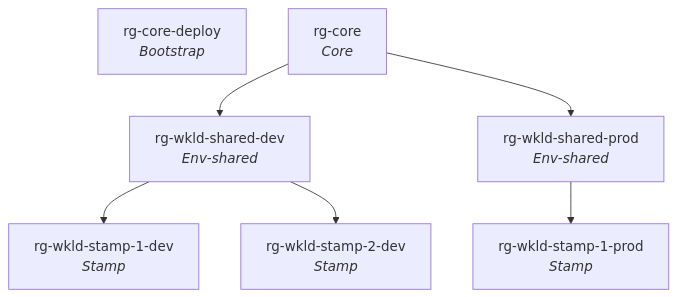
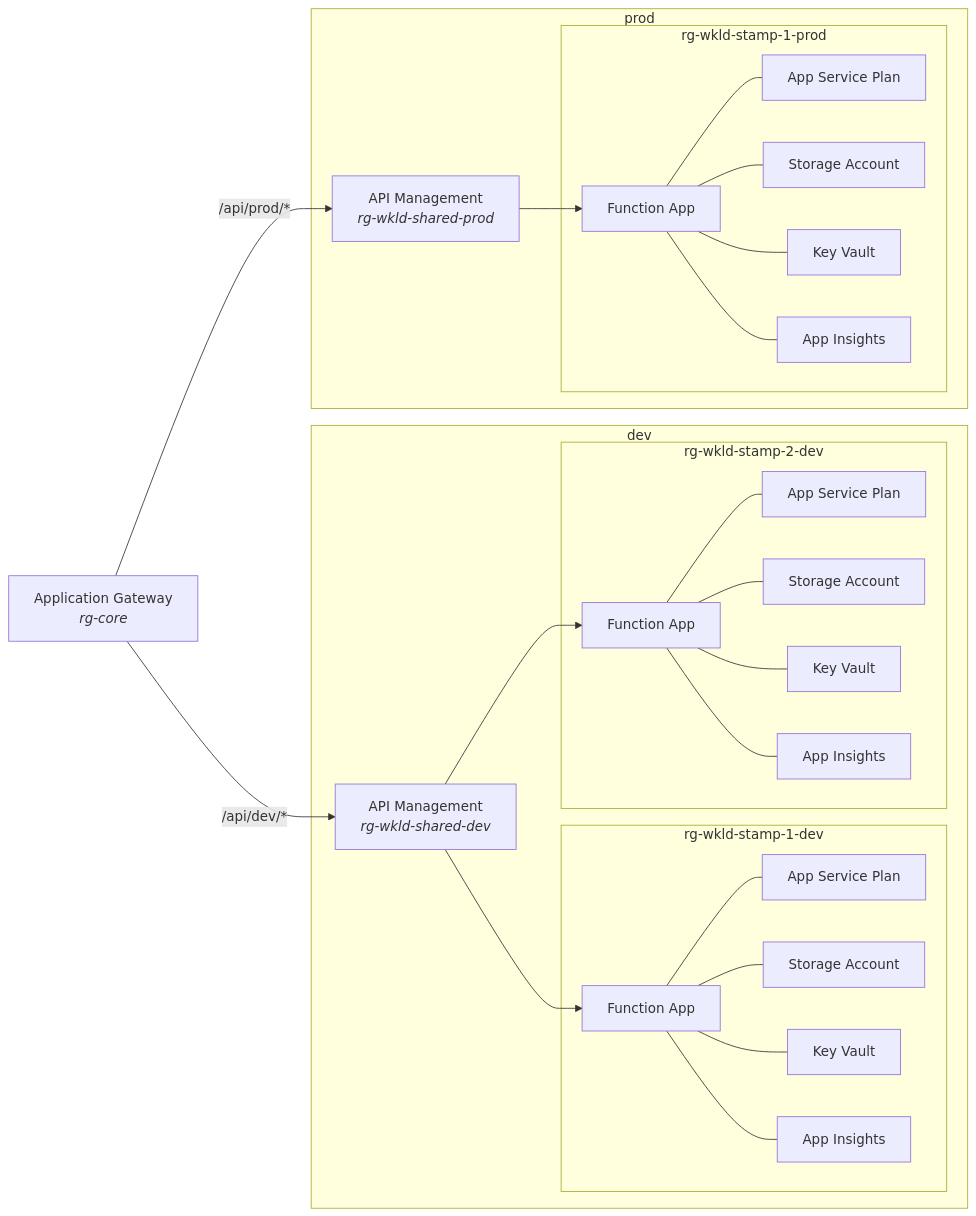
The first of 2 diagrams in README.md (BenSR/azure-demo), drawn with Mermaid before and after one commit. The commit also changed other lines of this file, not shown here.

Commit message:
feat: update architecture and network diagrams for improved clarity and detail

````diff
--- a/README.md
+++ b/README.md
@@ -43,16 +43,51 @@
 ```mermaid
-graph TD
-    Bootstrap["rg-core-deploy<br/><i>Bootstrap</i>"]
-    Core["rg-core<br/><i>Core</i>"]
-    DevShared["rg-wkld-shared-dev<br/><i>Env-shared</i>"]
-    ProdShared["rg-wkld-shared-prod<br/><i>Env-shared</i>"]
-    DevStamp1["rg-wkld-stamp-1-dev<br/><i>Stamp</i>"]
-    DevStamp2["rg-wkld-stamp-2-dev<br/><i>Stamp</i>"]
-    ProdStamp1["rg-wkld-stamp-1-prod<br/><i>Stamp</i>"]
+graph LR
+    AppGW["Application Gateway<br/><i>rg-core</i>"]
 
-    Core --> DevShared
-    Core --> ProdShared
-    DevShared --> DevStamp1
-    DevShared --> DevStamp2
-    ProdShared --> ProdStamp1
+    subgraph Dev["dev"]
+        DevAPIM["API Management<br/><i>rg-wkld-shared-dev</i>"]
+        subgraph DevStamp1["rg-wkld-stamp-1-dev"]
+            D1ASP["App Service Plan"]
+            D1Func["Function App"]
+            D1SA["Storage Account"]
+            D1KV["Key Vault"]
+            D1AI["App Insights"]
+        end
+        subgraph DevStamp2["rg-wkld-stamp-2-dev"]
+            D2ASP["App Service Plan"]
+            D2Func["Function App"]
+            D2SA["Storage Account"]
+            D2KV["Key Vault"]
+            D2AI["App Insights"]
+        end
+    end
+
+    subgraph Prod["prod"]
+        ProdAPIM["API Management<br/><i>rg-wkld-shared-prod</i>"]
+        subgraph ProdStamp1["rg-wkld-stamp-1-prod"]
+            P1ASP["App Service Plan"]
+            P1Func["Function App"]
+            P1SA["Storage Account"]
+            P1KV["Key Vault"]
+            P1AI["App Insights"]
+        end
+    end
+
+    AppGW -- "/api/dev/*" --> DevAPIM
+    AppGW -- "/api/prod/*" --> ProdAPIM
+    DevAPIM --> D1Func
+    DevAPIM --> D2Func
+    ProdAPIM --> P1Func
+    D1Func --- D1ASP
+    D1Func --- D1SA
+    D1Func --- D1KV
+    D1Func --- D1AI
+    D2Func --- D2ASP
+    D2Func --- D2SA
+    D2Func --- D2KV
+    D2Func --- D2AI
+    P1Func --- P1ASP
+    P1Func --- P1SA
+    P1Func --- P1KV
+    P1Func --- P1AI
 ```
````
